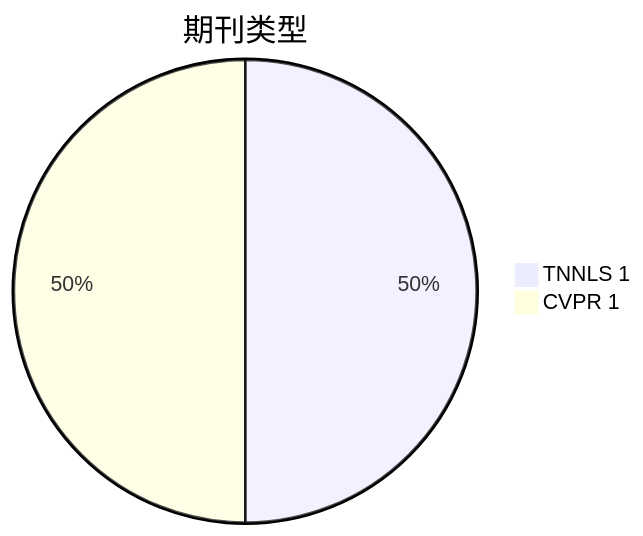
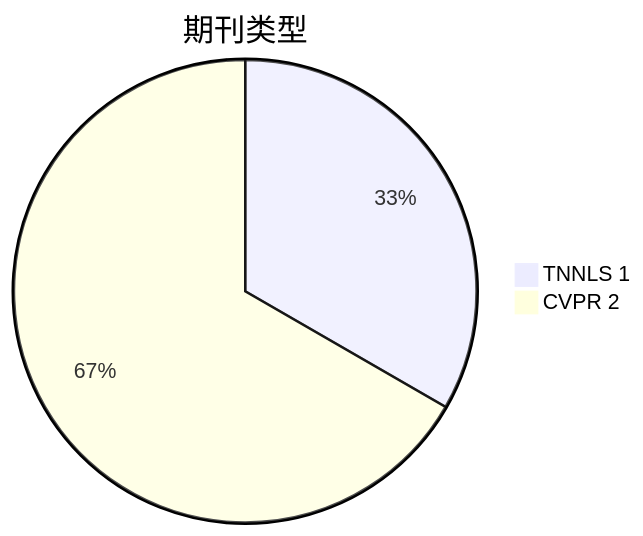
Before and after one commit to Elephant-King9/Paper: the second of 3 diagrams in Base_Model/analyse.md, drawn with Mermaid. The commit also changed other lines of this file and 29 other files, not shown here.

````diff
--- a/Base_Model/analyse.md
+++ b/Base_Model/analyse.md
@@ -19,5 +21,5 @@
 ```mermaid
 pie title 期刊类型
     "TNNLS 1" : 1
-    "CVPR 1" : 1
+    "CVPR 2" : 2
 ```
````
